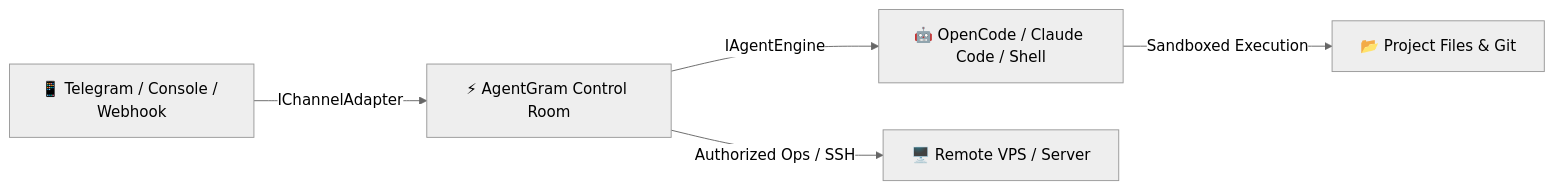
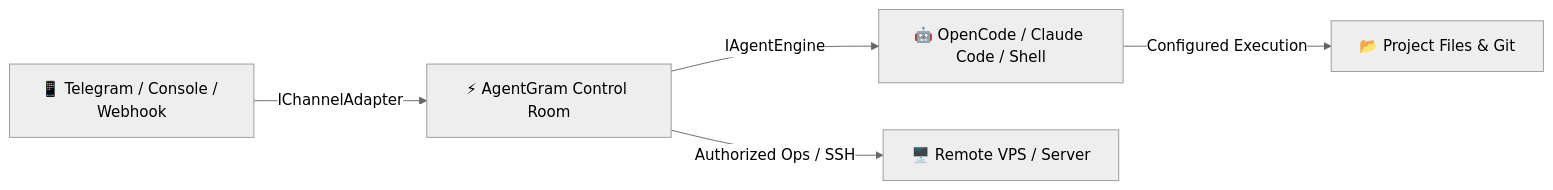
One commit to crewloom/bridge changed the diagram in README.md. Above: the diagram before and after it, drawn with Mermaid (neutral theme). The commit also changed other lines of this file and 50 other files, not shown here.

Commit message:
feat(control-room): modularize control room architecture, views, callbacks and tests

````diff
--- a/README.md
+++ b/README.md
@@ -42,7 +41,7 @@
 ```mermaid
 flowchart LR
     User["📱 Telegram / Console / Webhook"] -->|IChannelAdapter| ControlRoom["⚡ AgentGram Control Room"]
     ControlRoom -->|IAgentEngine| Engine["🤖 OpenCode / Claude Code / Shell"]
-    Engine -->|Sandboxed Execution| Project["📂 Project Files & Git"]
+    Engine -->|Configured Execution| Project["📂 Project Files & Git"]
     ControlRoom -->|Authorized Ops / SSH| Remote["🖥️ Remote VPS / Server"]
 ```
````
